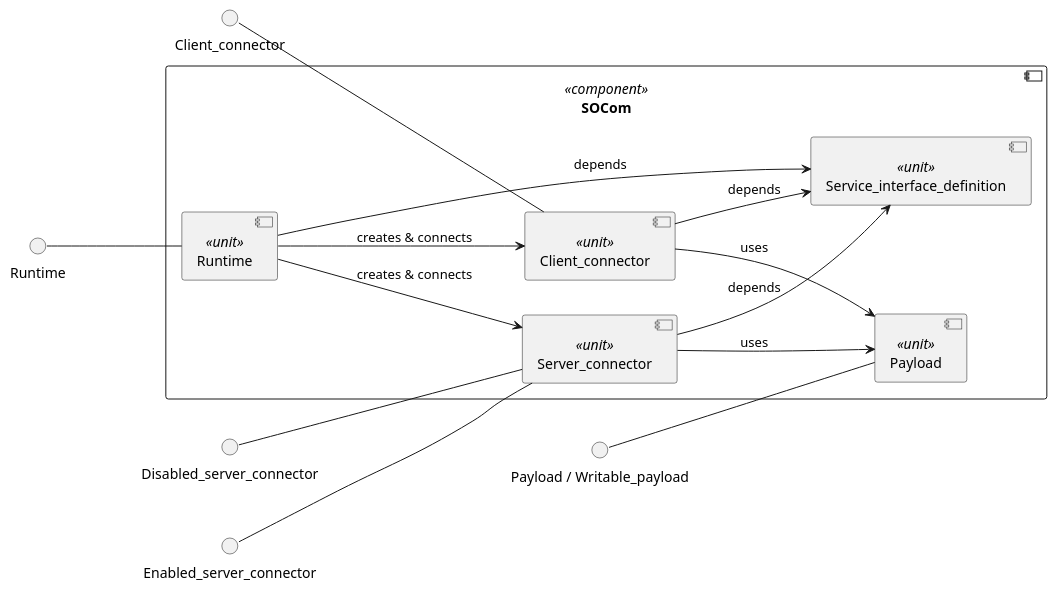
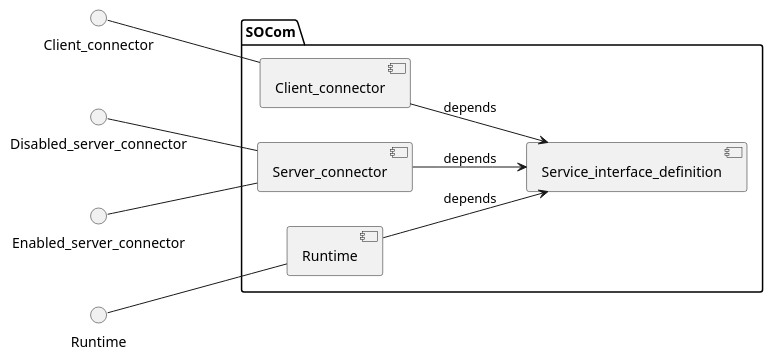
One commit to eclipse-score/inc_someip_gateway changed the diagram in score/socom/docs/design/models/component_diagram_socom.puml. Above: the diagram before and after it, drawn with PlantUML. The commit also changed 5 other files, not shown here.

Commit message:
docs(socom): revert non-factual design doc and diagram changes

```diff
--- a/score/socom/docs/design/models/component_diagram_socom.puml
+++ b/score/socom/docs/design/models/component_diagram_socom.puml
@@ -14,30 +14,23 @@
 @startuml
 left to right direction
-component "SOCom" as socom <<component>> {
-    component "Runtime" as runtime <<unit>>
-    component "Client_connector" as client_connector <<unit>>
-    component "Server_connector" as server_connector <<unit>>
-    component "Payload" as payload <<unit>>
-    component "Service_interface_definition" as service_interface_definition <<unit>>
+package SOCom {
+    Component Client_connector
+    Component Server_connector
+    Component Runtime
+    Component Service_interface_definition
 }
 
 () "Client_connector" as Client_connector_if
 () "Disabled_server_connector" as Disabled_server_connector_if
 () "Enabled_server_connector" as Enabled_server_connector_if
 () "Runtime" as Runtime_if
-() "Payload / Writable_payload" as Payload_if
 
-Client_connector_if -- client_connector
-Disabled_server_connector_if -- server_connector
-Enabled_server_connector_if -- server_connector
-Runtime_if -- runtime
-Payload_if -- payload
+Client_connector_if -- Client_connector
+Disabled_server_connector_if -- Server_connector
+Enabled_server_connector_if -- Server_connector
+Runtime_if -- Runtime
 
-runtime --> client_connector : creates & connects
-runtime --> server_connector : creates & connects
-client_connector --> payload : uses
-server_connector --> payload : uses
-client_connector --> service_interface_definition : depends
-server_connector --> service_interface_definition : depends
-runtime --> service_interface_definition : depends
+Client_connector --> Service_interface_definition : depends
+Server_connector --> Service_interface_definition : depends
+Runtime --> Service_interface_definition : depends
 @enduml
```
